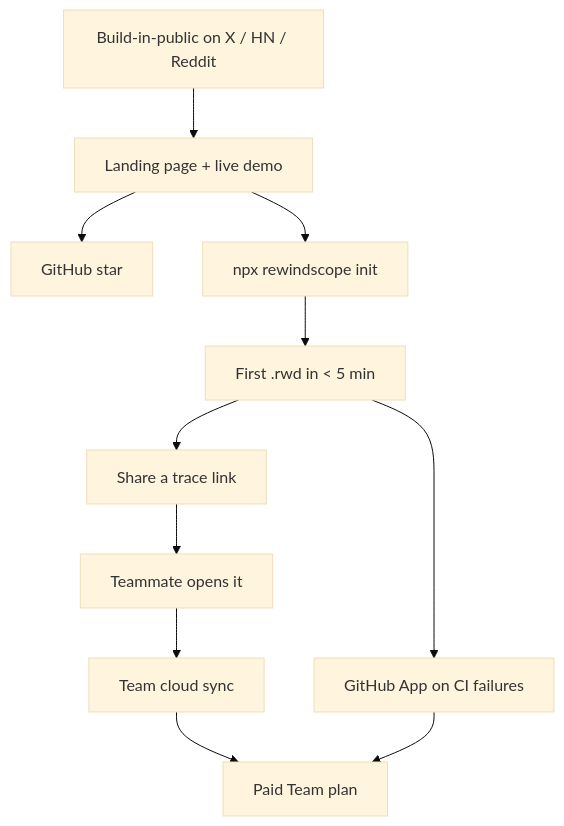
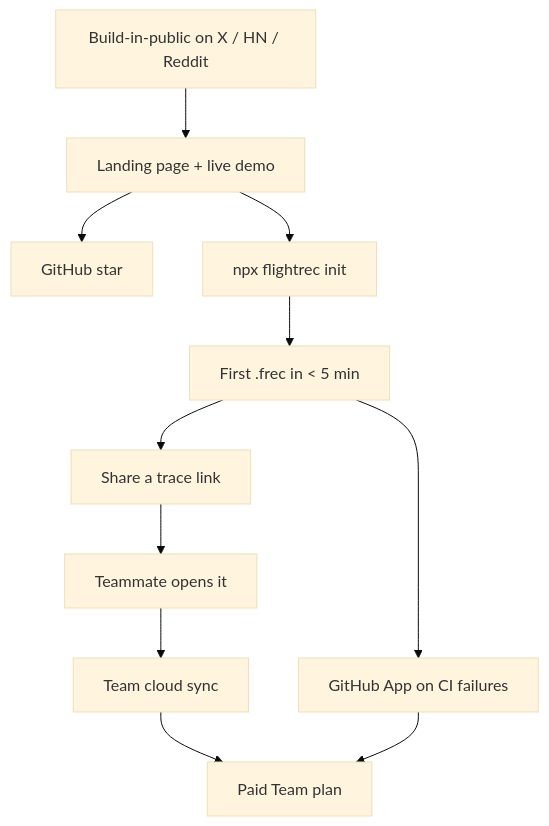
The tenth of 10 diagrams in docs/BLUEPRINT.md (CodeMuscle/flightrec), drawn with Mermaid (base theme) before and after one commit. The commit also changed other lines of this file and 19 other files, not shown here.

````diff
--- a/docs/BLUEPRINT.md
+++ b/docs/BLUEPRINT.md
@@ -329,13 +329,13 @@
 ```mermaid
 flowchart TD
   X[Build-in-public on X / HN / Reddit] --> LP[Landing page + live demo]
   LP --> STAR[GitHub star]
-  LP --> TRY[npx rewindscope init]
-  TRY --> FIRST[First .rwd in < 5 min]
+  LP --> TRY[npx flightrec init]
+  TRY --> FIRST[First .frec in < 5 min]
   FIRST --> SHARE[Share a trace link]
   SHARE --> TEAM[Teammate opens it]
   TEAM --> CLOUD[Team cloud sync]
   CLOUD --> PAID[Paid Team plan]
   FIRST --> CI[GitHub App on CI failures]
   CI --> PAID
 ```
````
